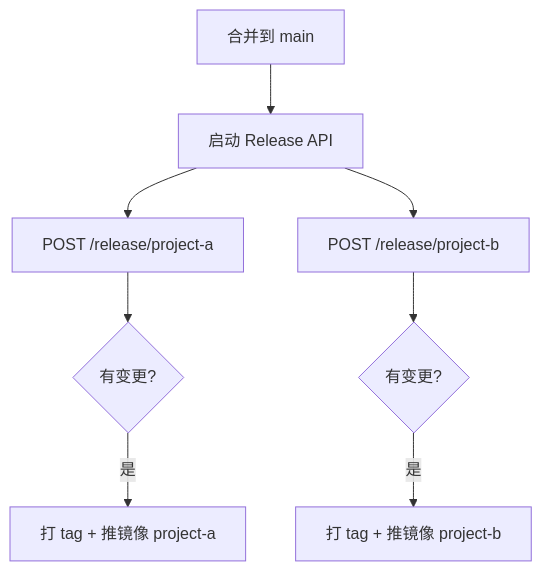
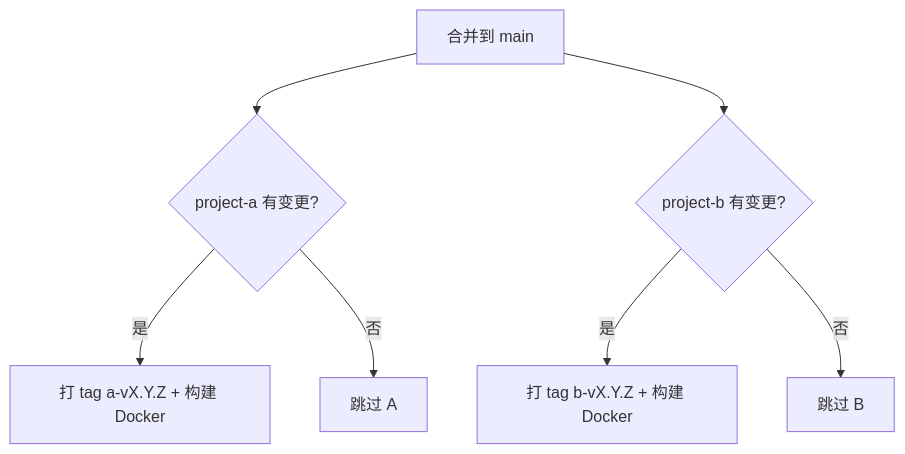
One commit to zhang-zixu/ck-develop changed the diagram in README.md. Above: the diagram before and after it, drawn with Mermaid. The commit also changed other lines of this file and 7 other files, not shown here.

Commit message:
refactor: remove release-api, use pure GitHub Actions for release

````diff
--- a/README.md
+++ b/README.md
@@ -106,10 +33,9 @@
 ```mermaid
 flowchart TD
-    A[合并到 main] --> B[启动 Release API]
-    B --> C[POST /release/project-a]
-    B --> D[POST /release/project-b]
-    C --> E{有变更?}
-    D --> F{有变更?}
-    E -->|是| G[打 tag + 推镜像 project-a]
-    F -->|是| H[打 tag + 推镜像 project-b]
+    A[合并到 main] --> B{project-a 有变更?}
+    A --> C{project-b 有变更?}
+    B -->|是| D[打 tag a-vX.Y.Z + 构建 Docker]
+    B -->|否| E[跳过 A]
+    C -->|是| F[打 tag b-vX.Y.Z + 构建 Docker]
+    C -->|否| G[跳过 B]
 ```
````
